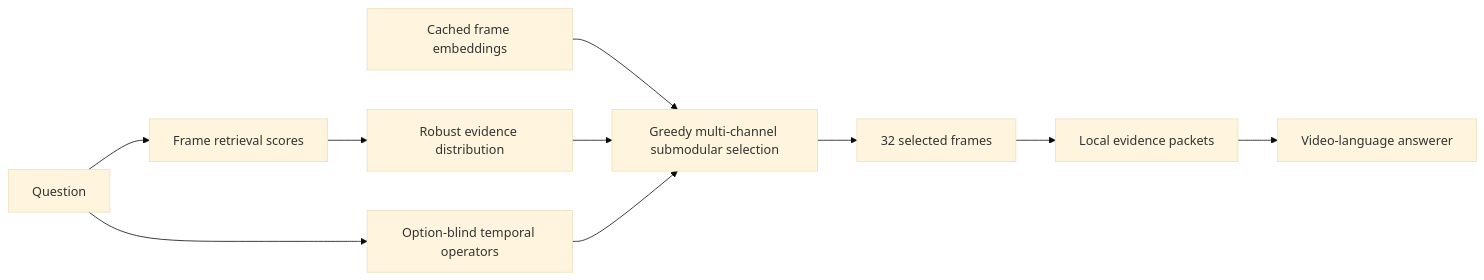
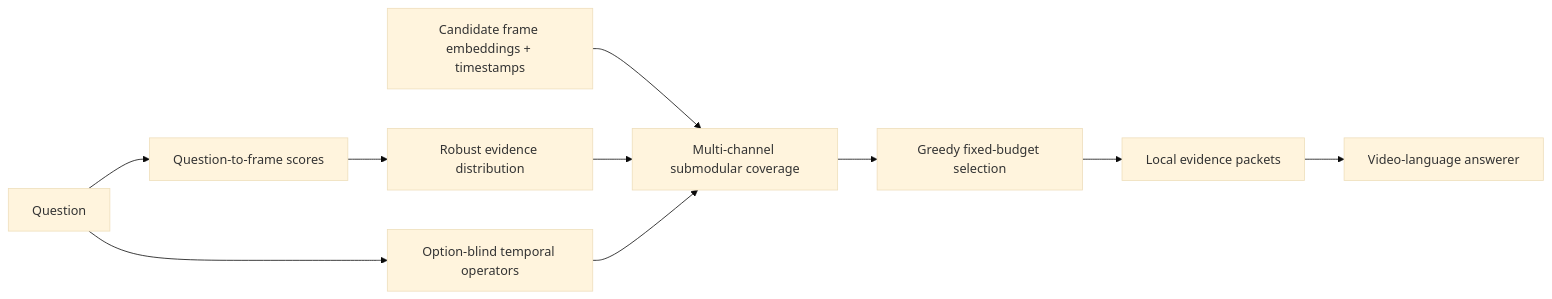
The diagram in README.md (LINGXIAO-aico/EviLoom), drawn with Mermaid (base theme) before and after one commit. The commit also changed other lines of this file and 12 other files, not shown here.

````diff
--- a/README.md
+++ b/README.md
@@ -29,12 +49,12 @@
 ```mermaid
 flowchart LR
-    Q[Question] --> R[Frame retrieval scores]
-    F[Cached frame embeddings] --> S
-    R --> P[Robust evidence distribution]
-    Q --> O[Option-blind temporal operators]
-    P --> S[Greedy multi-channel submodular selection]
-    O --> S
-    S --> B[32 selected frames]
-    B --> K[Local evidence packets]
-    K --> A[Video-language answerer]
+    Q[Question] --> R[Question-to-frame scores]
+    V[Candidate frame embeddings + timestamps] --> C
+    R --> D[Robust evidence distribution]
+    Q --> T[Option-blind temporal operators]
+    D --> C[Multi-channel submodular coverage]
+    T --> C
+    C --> G[Greedy fixed-budget selection]
+    G --> P[Local evidence packets]
+    P --> A[Video-language answerer]
 ```
````
